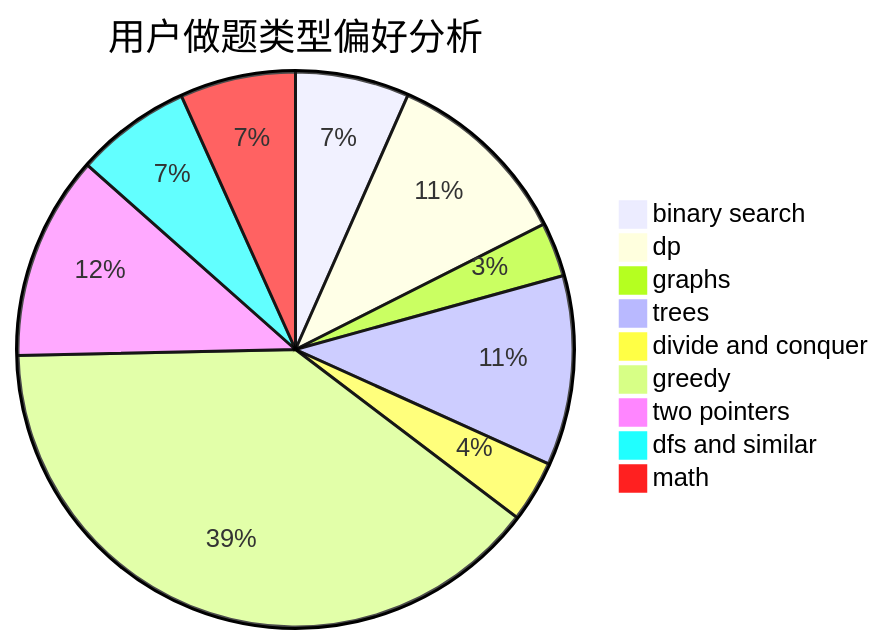
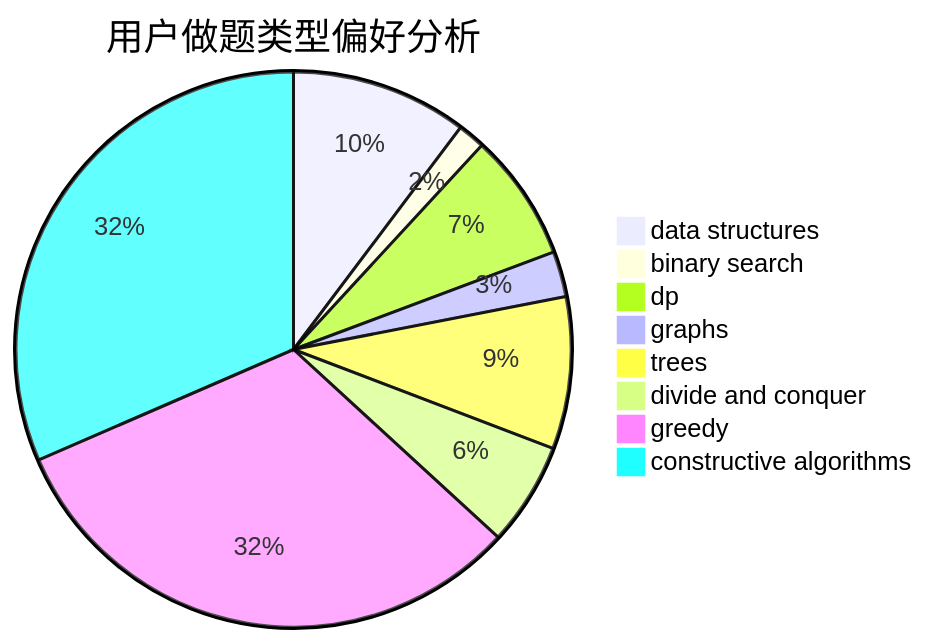
Before and after one commit to sherpahu/cfrs.github.io: the second of 3 diagrams in docs/user/u2575.md, drawn with Mermaid. The commit also changed other lines of this file and 2775 other files, not shown here.

````diff
--- a/docs/user/u2575.md
+++ b/docs/user/u2575.md
@@ -23,12 +23,11 @@
 ```mermaid
 pie title 用户做题类型偏好分析
-    "binary search" :  63
-    "dp" :  104
-    "graphs" :  30
-    "trees" :  105
+    "data structures" :  58
+    "binary search" :  9
+    "dp" :  42
+    "graphs" :  15
+    "trees" :  50
     "divide and conquer" :  34
-    "greedy" :  374
-    "two pointers" :  113
-    "dfs and similar" :  64
-    "math" :  64
+    "greedy" :  179
+    "constructive algorithms" :  178
 ```
````
